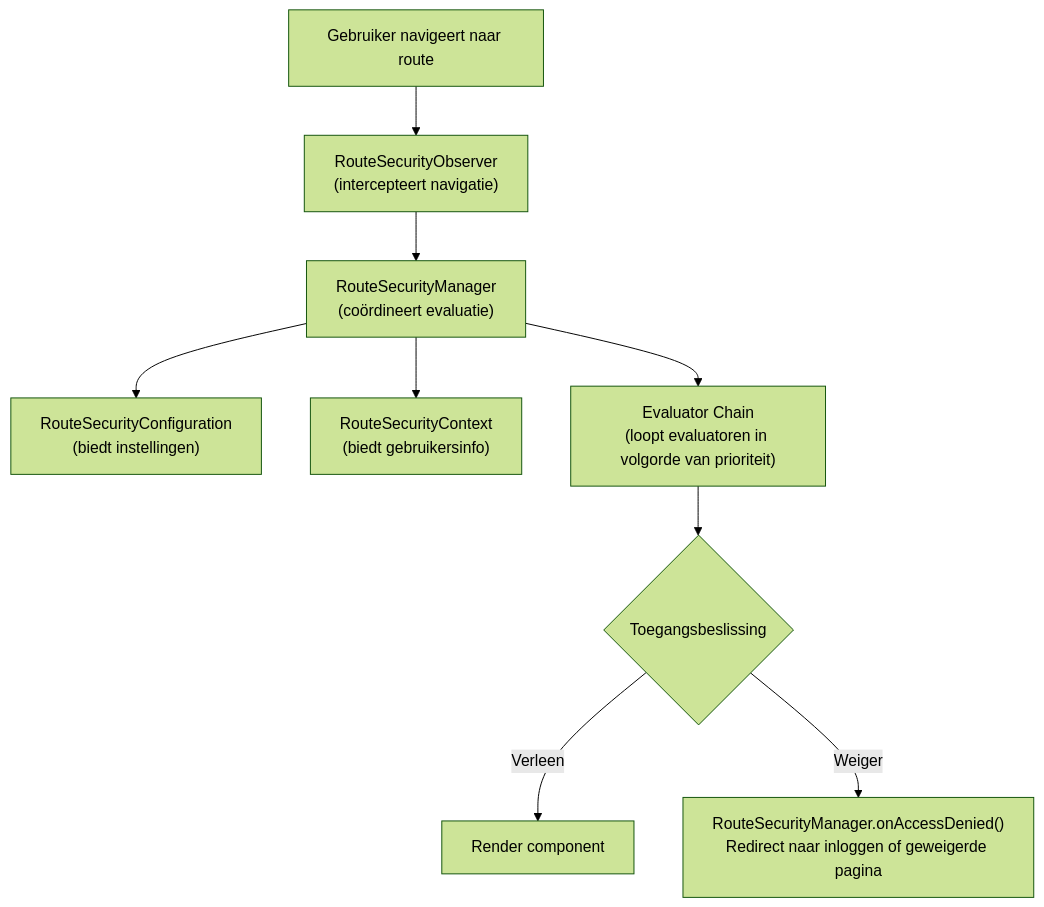
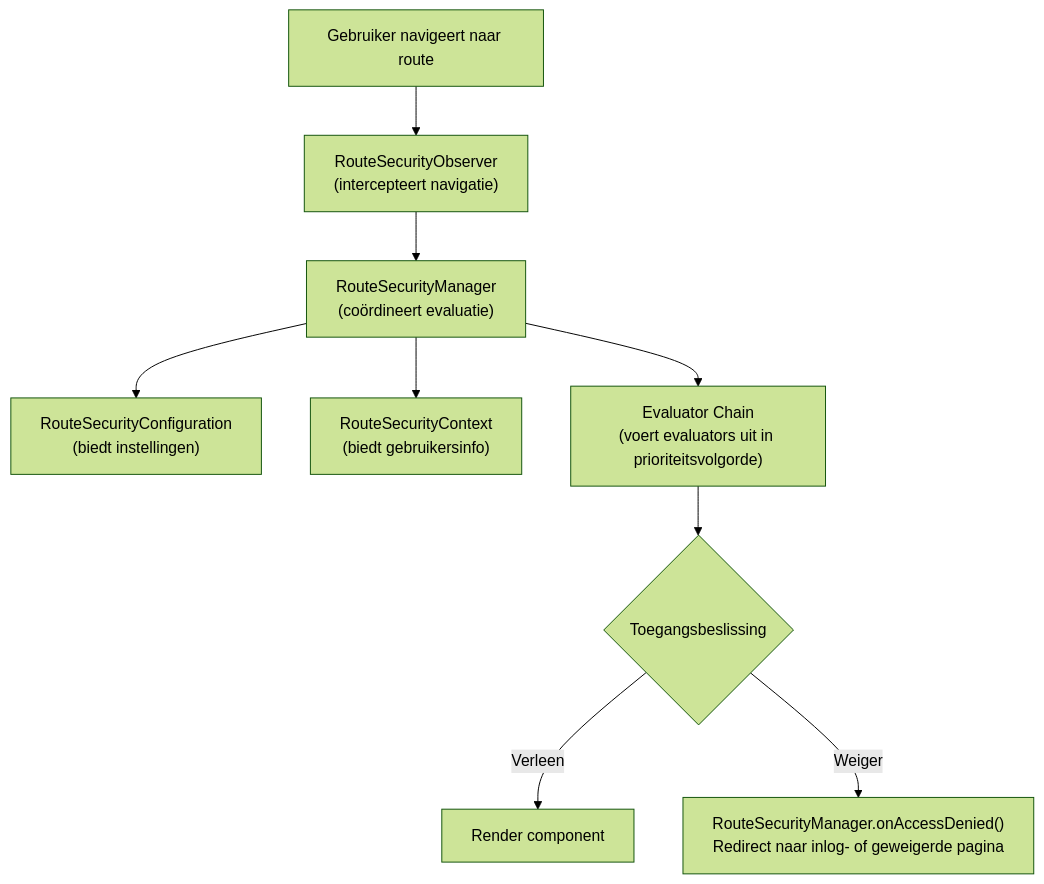
The diagram in docs/i18n/nl/docusaurus-plugin-content-docs/current/security/architecture/foundational-architecture.md (webforj/webforj-documentation), drawn with Mermaid (forest theme) before and after one commit. The commit also changed other lines of this file and 389 other files, not shown here.

````diff
--- a/docs/i18n/nl/docusaurus-plugin-content-docs/current/security/architecture/foundational-architecture.md
+++ b/docs/i18n/nl/docusaurus-plugin-content-docs/current/security/architecture/foundational-architecture.md
@@ -113,13 +113,13 @@
 ```mermaid
 flowchart TB
-    User["Gebruiker navigeert naar route"] --> Observer["RouteSecurityObserver<br/>(intercepteert navigatie)"]
-    Observer --> Manager["RouteSecurityManager<br/>(coördineert evaluatie)"]
+  User["Gebruiker navigeert naar route"] --> Observer["RouteSecurityObserver<br/>(intercepteert navigatie)"]
+  Observer --> Manager["RouteSecurityManager<br/>(coördineert evaluatie)"]
 
-    Manager --> Config["RouteSecurityConfiguration<br/>(biedt instellingen)"]
-    Manager --> Context["RouteSecurityContext<br/>(biedt gebruikersinfo)"]
-    Manager --> Chain["Evaluator Chain<br/>(loopt evaluatoren in volgorde van prioriteit)"]
+  Manager --> Config["RouteSecurityConfiguration<br/>(biedt instellingen)"]
+  Manager --> Context["RouteSecurityContext<br/>(biedt gebruikersinfo)"]
+  Manager --> Chain["Evaluator Chain<br/>(voert evaluators uit in prioriteitsvolgorde)"]
 
-    Chain --> Decision{"Toegangsbeslissing"}
-    Decision -->|"Verleen"| Render["Render component"]
-    Decision -->|"Weiger"| Redirect["RouteSecurityManager.onAccessDenied()<br/>Redirect naar inloggen of geweigerde pagina"]
+  Chain --> Decision{"Toegangsbeslissing"}
+  Decision -->|"Verleen"| Render["Render component"]
+  Decision -->|"Weiger"| Redirect["RouteSecurityManager.onAccessDenied()<br/>Redirect naar inlog- of geweigerde pagina"]
 ```
````
